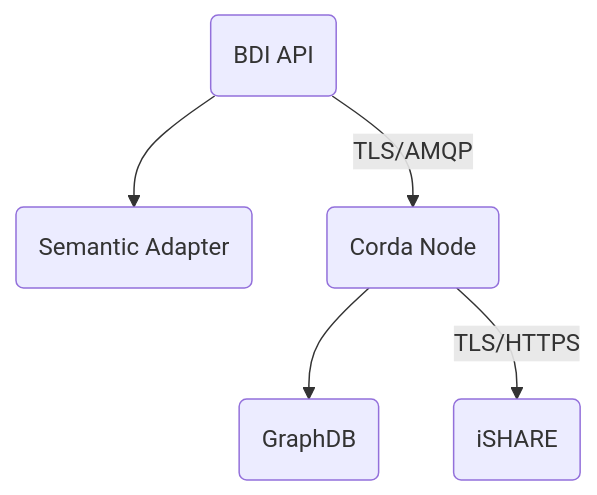
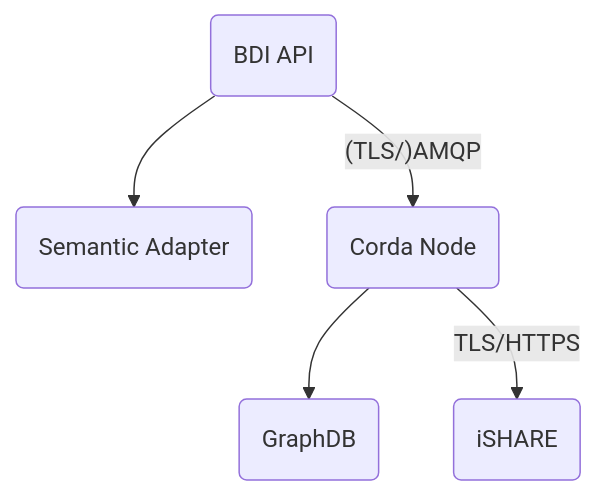
Before and after one commit to federatedplatforms/Docker-BDI-Node: the diagram in README.md, drawn with Mermaid. The commit also changed other lines of this file, not shown here.

````diff
--- a/README.md
+++ b/README.md
@@ -13,7 +13,7 @@
 ```mermaid
 graph TD
     API(BDI API) --> SEM(Semantic Adapter)
-    API(BDI API) -- TLS/AMQP --> CORDA(Corda Node)
+    API(BDI API) -- (TLS/)AMQP --> CORDA(Corda Node)
     CORDA --> GRAPHDB(GraphDB)
     CORDA -- TLS/HTTPS --> ISHARE(iSHARE)
 ```
````
